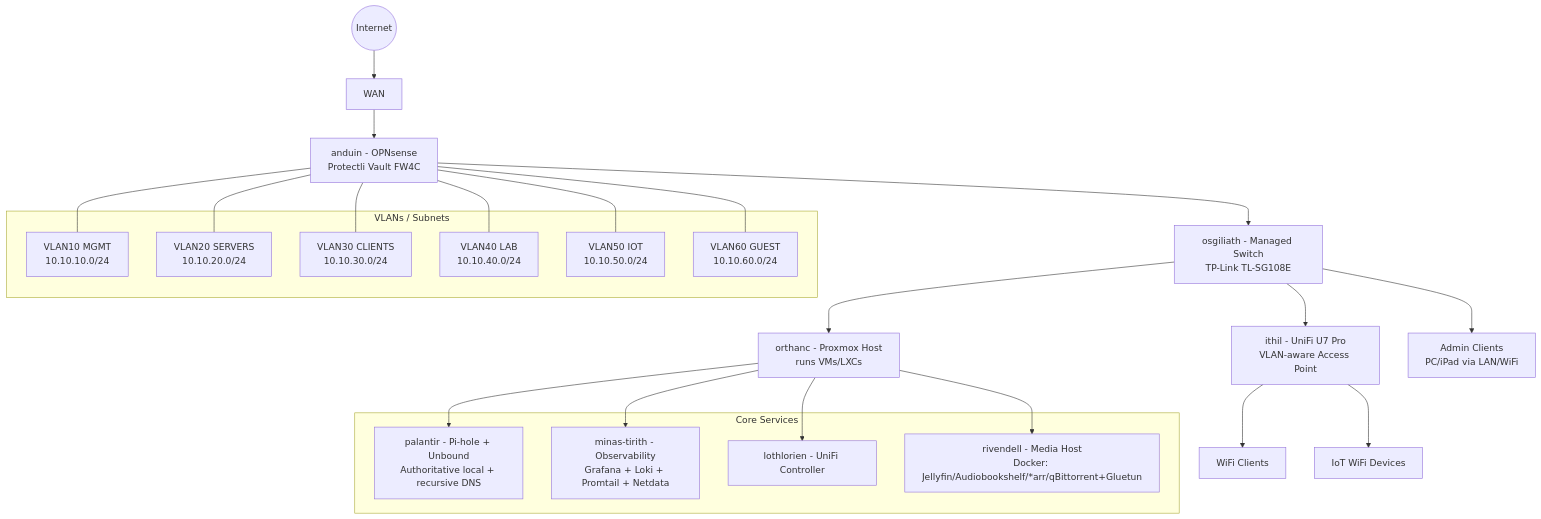
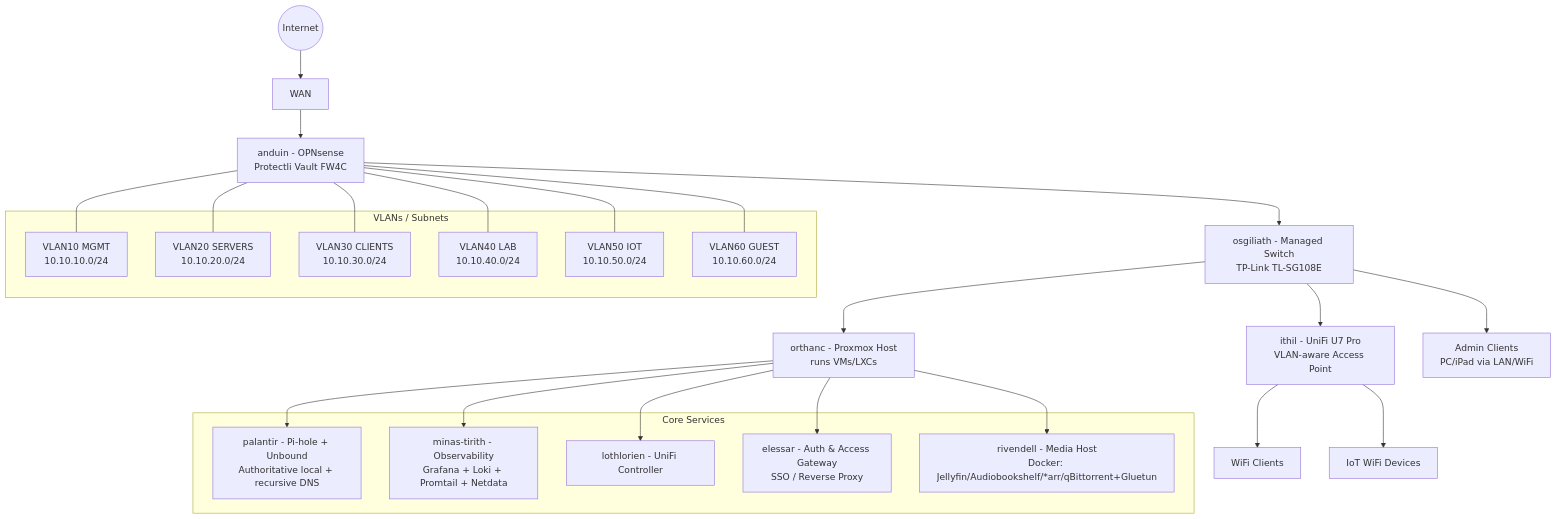
One commit to APMurtha/homelab-operations changed the diagram in diagrams/network.mmd. Above: the diagram before and after it, drawn with Mermaid. The commit also changed 1 other file, not shown here.

Commit message:
diagrams: add elessar identity gateway to network and service placement

```diff
--- a/diagrams/network.mmd
+++ b/diagrams/network.mmd
@@ -1,39 +1,41 @@
 flowchart TB
   internet((Internet)) --> wan[WAN]
   wan --> opn[anduin - OPNsense<br/>Protectli Vault FW4C]
 
   opn --> sw[osgiliath - Managed Switch<br/>TP-Link TL-SG108E]
   sw --> ap[ithil - UniFi U7 Pro<br/>VLAN-aware Access Point]
 
   subgraph vlans["VLANs / Subnets"]
     v10["VLAN10 MGMT<br/>10.10.10.0/24"]
     v20["VLAN20 SERVERS<br/>10.10.20.0/24"]
     v30["VLAN30 CLIENTS<br/>10.10.30.0/24"]
     v40["VLAN40 LAB<br/>10.10.40.0/24"]
     v50["VLAN50 IOT<br/>10.10.50.0/24"]
     v60["VLAN60 GUEST<br/>10.10.60.0/24"]
   end
 
   opn --- v10
   opn --- v20
   opn --- v30
   opn --- v40
   opn --- v50
   opn --- v60
 
   sw --> pve[orthanc - Proxmox Host<br/>runs VMs/LXCs]
   sw --> adminpc[Admin Clients<br/>PC/iPad via LAN/WiFi]
   ap --> wifi_clients[WiFi Clients]
   ap --> wifi_iot[IoT WiFi Devices]
 
   subgraph services["Core Services"]
     dns[palantir - Pi-hole + Unbound<br/>Authoritative local + recursive DNS]
     obs[minas-tirith - Observability<br/>Grafana + Loki + Promtail + Netdata]
     unifi[lothlorien - UniFi Controller]
+    auth[elessar - Auth & Access Gateway<br/>SSO / Reverse Proxy]
     media[rivendell - Media Host<br/>Docker: Jellyfin/Audiobookshelf/*arr/qBittorrent+Gluetun]
   end
 
   pve --> dns
   pve --> obs
   pve --> unifi
+  pve --> auth
   pve --> media
```
